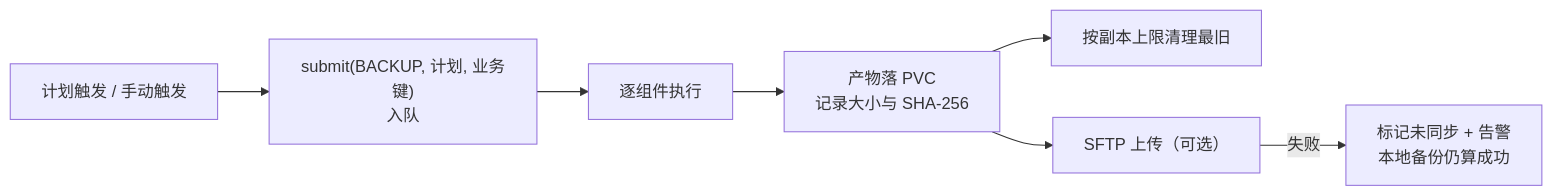
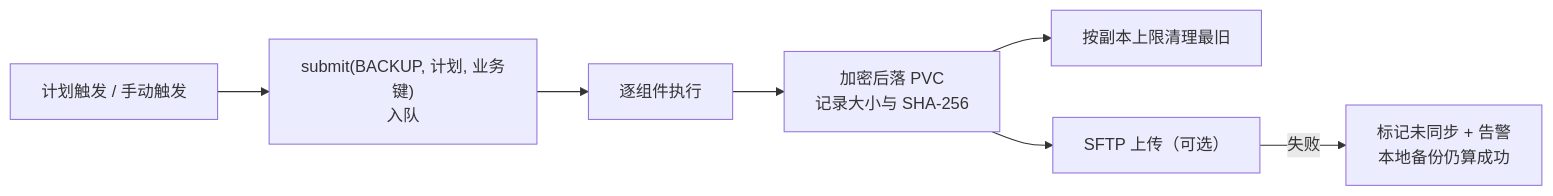
Diagram 13 of 16 in design/OMS-总体设计-精炼版.md (HaoruiSong622/OMS), drawn with Mermaid before and after one commit. The commit also changed other lines of this file and 2 other files, not shown here.

````diff
--- a/design/OMS-总体设计-精炼版.md
+++ b/design/OMS-总体设计-精炼版.md
@@ -1100,9 +1107,9 @@
 ```mermaid
 flowchart LR
   P["计划触发 / 手动触发"] --> Q["submit(BACKUP, 计划, 业务键)<br/>入队"]
   Q --> R["逐组件执行"]
-  R --> F["产物落 PVC<br/>记录大小与 SHA-256"]
+  R --> F["加密后落 PVC<br/>记录大小与 SHA-256"]
   F --> C["按副本上限清理最旧"]
   F --> S["SFTP 上传（可选）"]
   S -->|失败| W["标记未同步 + 告警<br/>本地备份仍算成功"]
 ```
````
